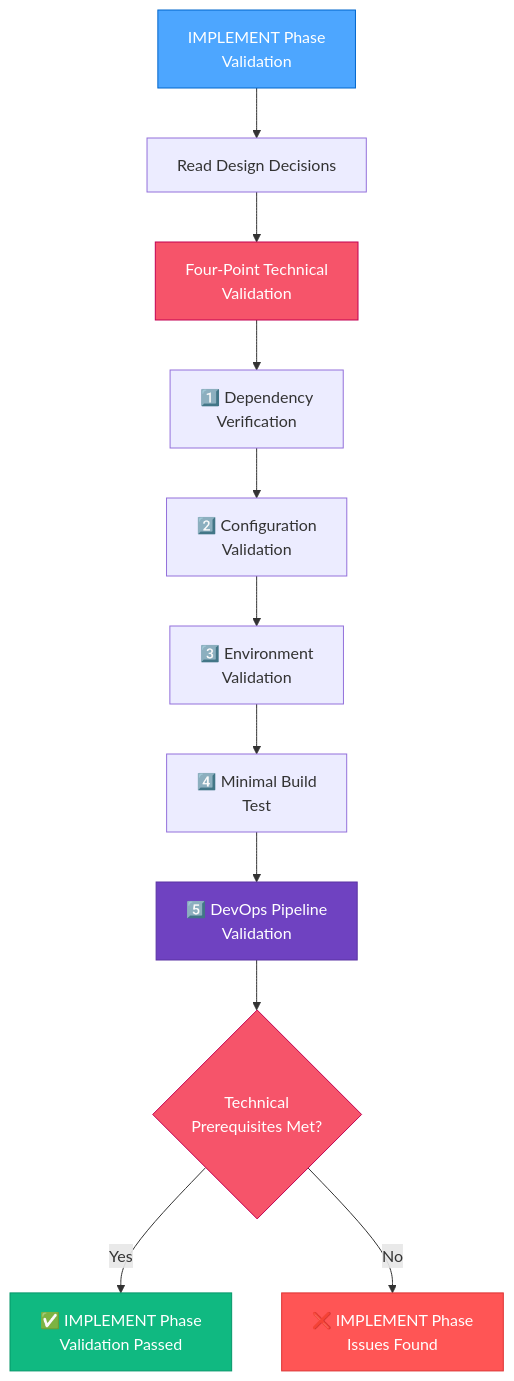
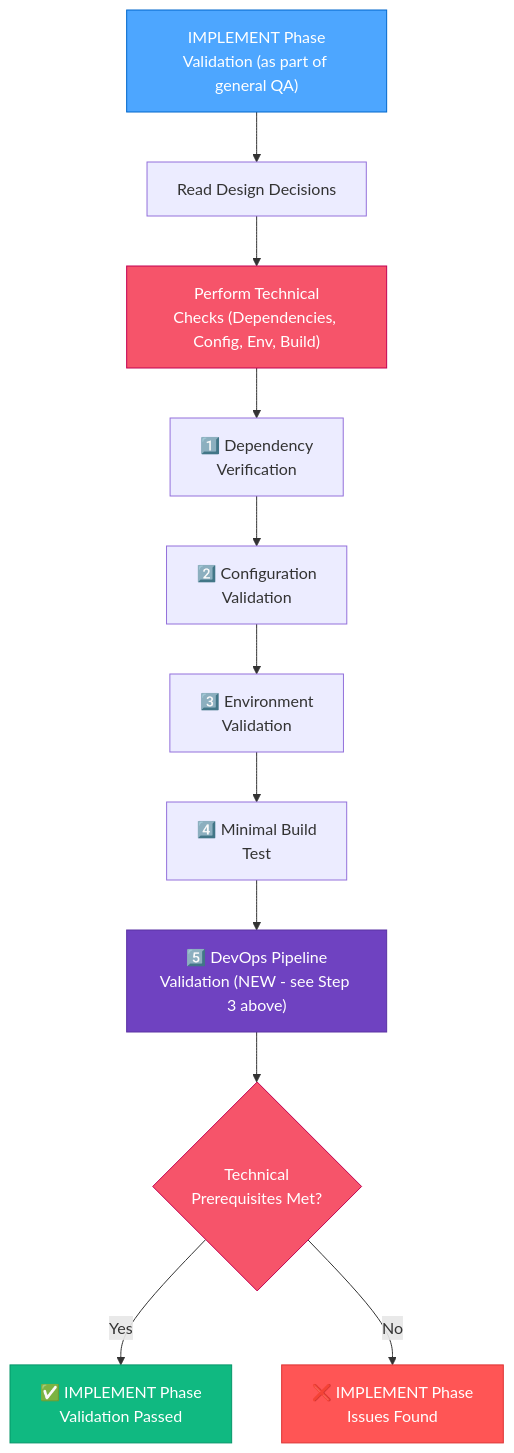
The ninth of 10 diagrams in .cursor/rules/isolation_rules/visual-maps/qa-mode-map.mdc (ms-moar/cursor-tools), drawn with Mermaid before and after one commit. The commit also changed other lines of this file and 42 other files, not shown here.

````diff
--- a/.cursor/rules/isolation_rules/visual-maps/qa-mode-map.mdc
+++ b/.cursor/rules/isolation_rules/visual-maps/qa-mode-map.mdc
@@ -284,22 +294,22 @@
 ```mermaid
 graph TD
-    IMPLEMENT["IMPLEMENT Phase<br>Validation"] --> ReadDesign["Read Design Decisions"]
-    ReadDesign --> FourChecks["Four-Point Technical<br>Validation"]
+    IMPLEMENT["IMPLEMENT Phase<br>Validation (as part of general QA)"] --> ReadDesign["Read Design Decisions"]
+    ReadDesign --> FourChecks["Perform Technical<br>Checks (Dependencies, Config, Env, Build)"]
     
     FourChecks --> DepCheck["1️⃣ Dependency<br>Verification"]
     DepCheck --> ConfigCheck["2️⃣ Configuration<br>Validation"]
     ConfigCheck --> EnvCheck["3️⃣ Environment<br>Validation"]
     EnvCheck --> MinBuildCheck["4️⃣ Minimal Build<br>Test"]
-    MinBuildCheck --> DevOpsCheck["5️⃣ DevOps Pipeline<br>Validation"]
+    MinBuildCheck --> DevOpsCheck["5️⃣ DevOps Pipeline<br>Validation (NEW - see Step 3 above)"]
     
     DevOpsCheck --> IMPLEMENTConsistency{"Technical<br>Prerequisites Met?"}
     IMPLEMENTConsistency -->|"Yes"| PassIMPLEMENT["✅ IMPLEMENT Phase<br>Validation Passed"]
     IMPLEMENTConsistency -->|"No"| FailIMPLEMENT["❌ IMPLEMENT Phase<br>Issues Found"]
     
     style IMPLEMENT fill:#4da6ff,stroke:#0066cc,color:white
     style FourChecks fill:#f6546a,stroke:#c30052,color:white
     style DevOpsCheck fill:#6f42c1,stroke:#5a32a3,color:white
     style IMPLEMENTConsistency fill:#f6546a,stroke:#c30052,color:white
     style PassIMPLEMENT fill:#10b981,stroke:#059669,color:white
     style FailIMPLEMENT fill:#ff5555,stroke:#dd3333,color:white
 ```
````
